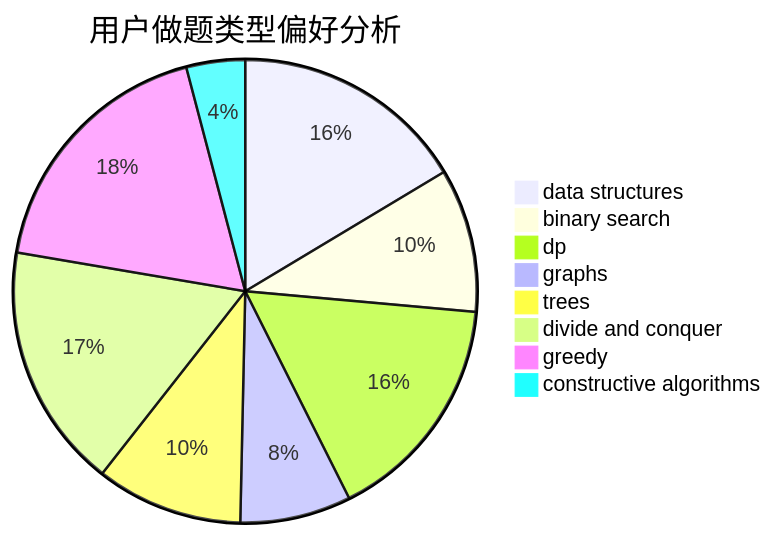
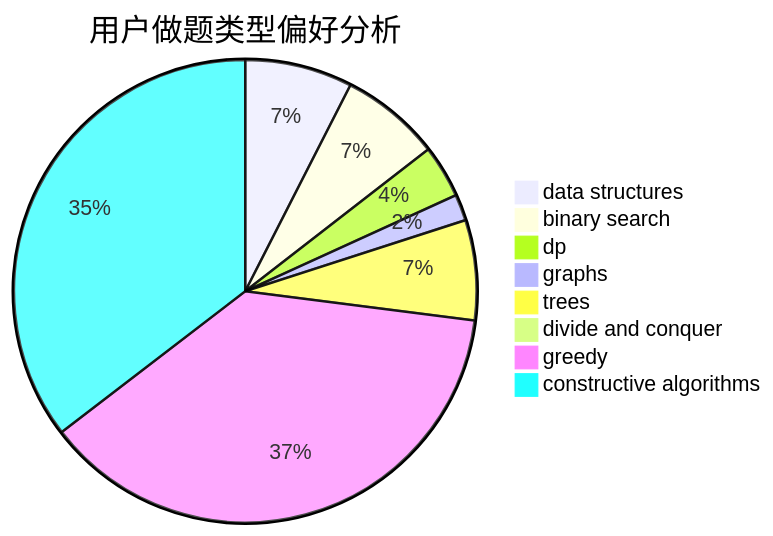
Before and after one commit to sherpahu/cfrs.github.io: the second of 3 diagrams in docs/user/u1194.md, drawn with Mermaid. The commit also changed other lines of this file and 2770 other files, not shown here.

````diff
--- a/docs/user/u1194.md
+++ b/docs/user/u1194.md
@@ -23,11 +23,11 @@
 ```mermaid
 pie title 用户做题类型偏好分析
-    "data structures" :  72
-    "binary search" :  44
-    "dp" :  71
-    "graphs" :  34
-    "trees" :  45
-    "divide and conquer" :  75
-    "greedy" :  80
-    "constructive algorithms" :  18
+    "data structures" :  102
+    "binary search" :  95
+    "dp" :  50
+    "graphs" :  25
+    "trees" :  95
+    "divide and conquer" :  9
+    "greedy" :  510
+    "constructive algorithms" :  481
 ```
````
